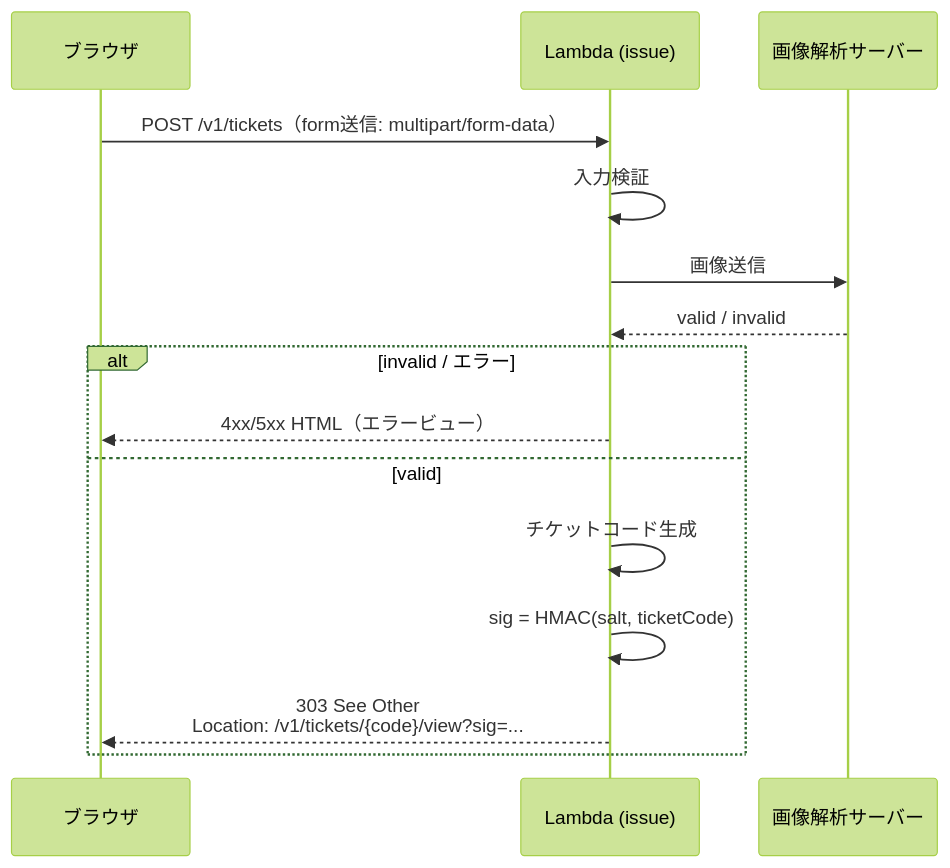
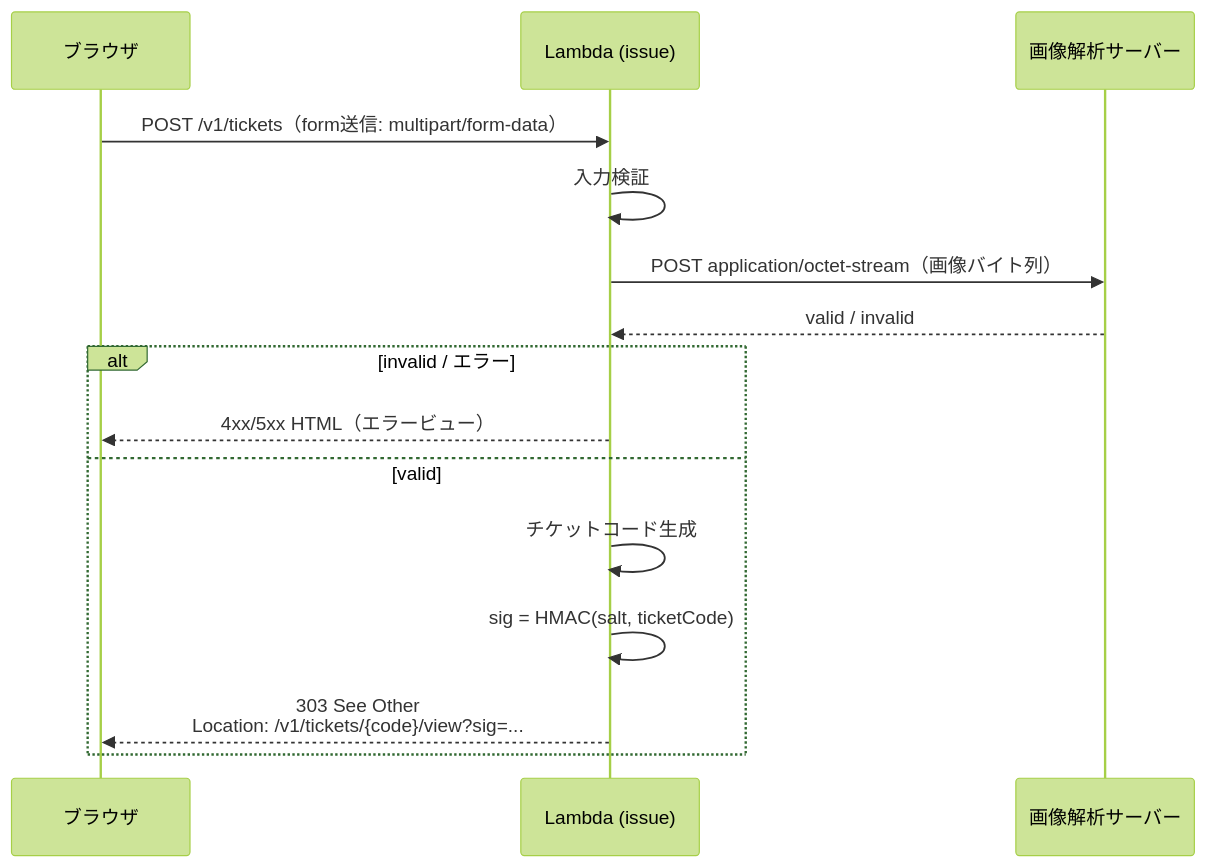
Before and after one commit to rxsxkxd/pk: the third of 5 diagrams in docs/st/DESIGN.md, drawn with Mermaid (forest theme). The commit also changed other lines of this file and 23 other files, not shown here.

````diff
--- a/docs/st/DESIGN.md
+++ b/docs/st/DESIGN.md
@@ -91,18 +97,18 @@
 ```mermaid
 sequenceDiagram
   participant B as ブラウザ
   participant L as Lambda (issue)
   participant IA as 画像解析サーバー
 
   B->>L: POST /v1/tickets（form送信: multipart/form-data）
   L->>L: 入力検証
-  L->>IA: 画像送信
+  L->>IA: POST application/octet-stream（画像バイト列）
   IA-->>L: valid / invalid
   alt invalid / エラー
     L-->>B: 4xx/5xx HTML（エラービュー）
   else valid
     L->>L: チケットコード生成
     L->>L: sig = HMAC(salt, ticketCode)
     L-->>B: 303 See Other<br/>Location: /v1/tickets/{code}/view?sig=...
   end
 ```
````
